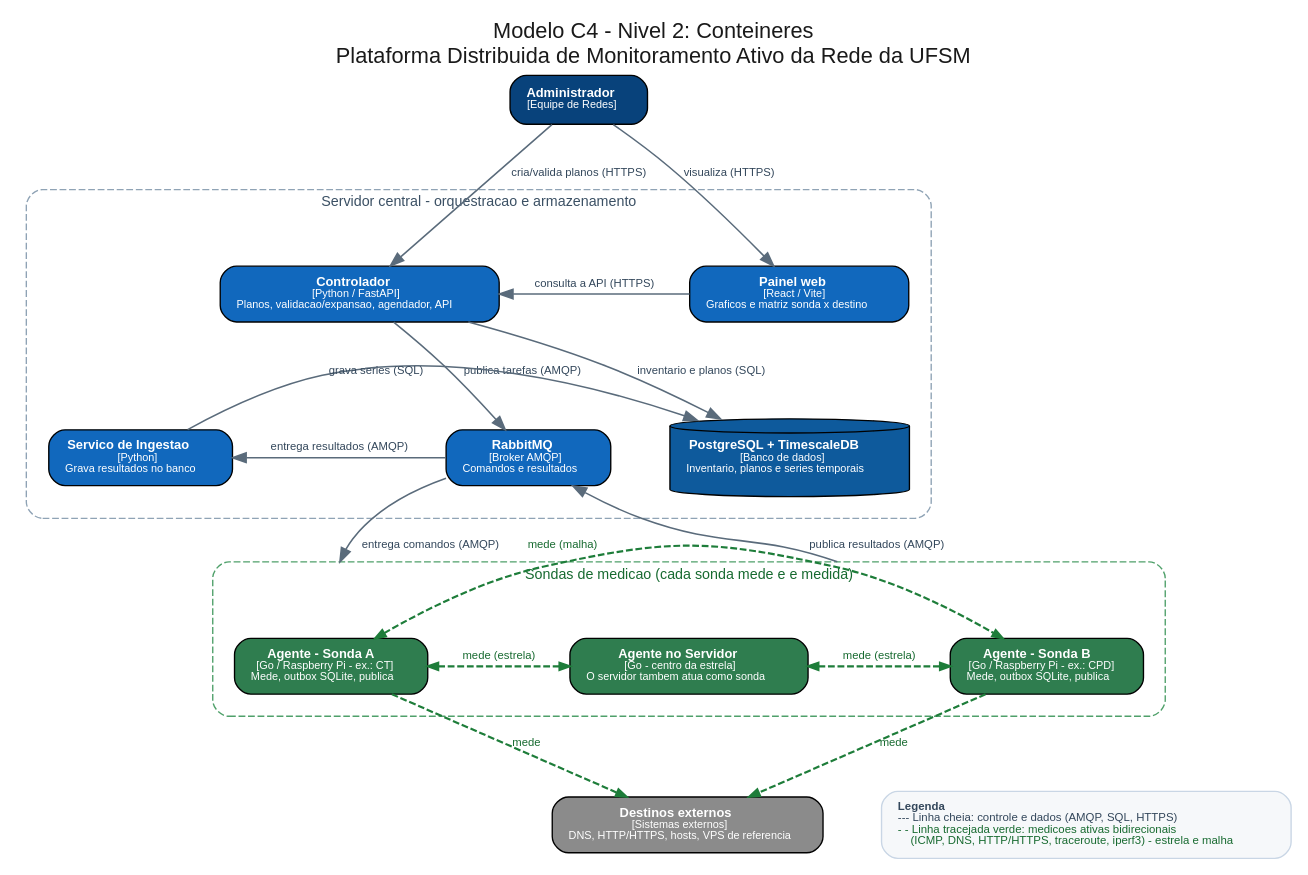
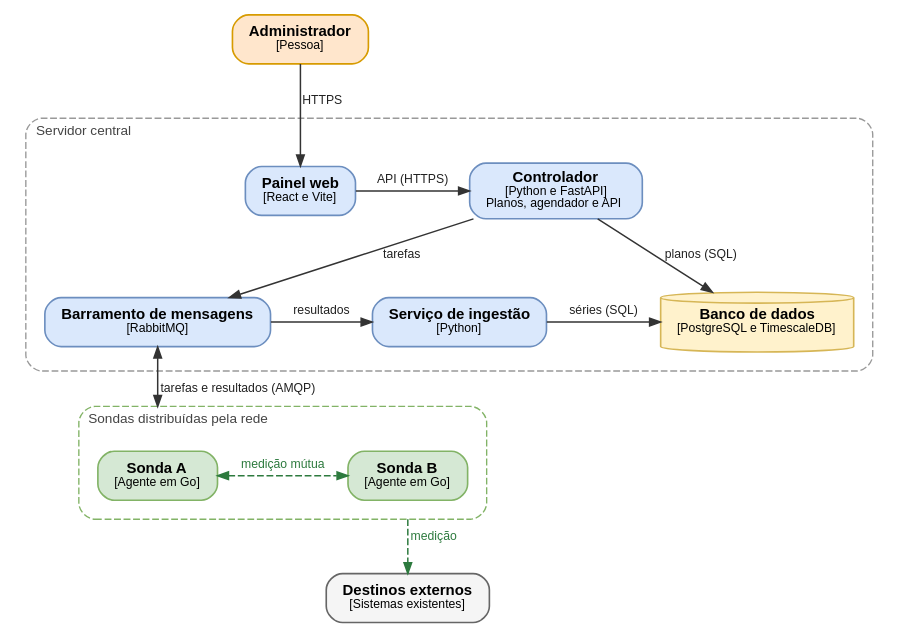
Before and after one commit to anthony-c-silva/ufsm-monitor: the diagram in docs/arquitetura/c4-2-conteineres.dot, drawn with Graphviz. The commit also changed 22 other files, not shown here.

Commit message:
fix(agent): nova conexao por medicao HTTP; diagramas atualizados; teste de carga

```diff
--- a/docs/arquitetura/c4-2-conteineres.dot
+++ b/docs/arquitetura/c4-2-conteineres.dot
@@ -1,61 +1,47 @@
+// Modelo C4 - nivel 2 (conteineres). Gerar: dot -Tpdf c4-2-conteineres.dot -o c4-2-conteineres.pdf
 digraph C4_Conteineres {
-  rankdir=TB; compound=true; newrank=true; splines=true;
-  graph [fontname="Helvetica", labelloc="t", fontsize=16, fontcolor="#1a1a1a",
-         label="Modelo C4 - Nivel 2: Conteineres\nPlataforma Distribuida de Monitoramento Ativo da Rede da UFSM",
-         nodesep=0.6, ranksep=0.85];
-  node [shape=box, style="rounded,filled", fontname="Helvetica", fontsize=9.5, margin="0.17,0.11"];
+  rankdir=TB; compound=true; newrank=true;
+  graph [fontname="Liberation Sans", nodesep=0.45, ranksep=0.6, pad=0.05, margin=0];
+  node  [shape=box, style="rounded,filled", fontname="Liberation Sans", fontsize=11,
+         margin="0.16,0.08", penwidth=1.2, fillcolor="#dae8fc", color="#6c8ebf"];
+  edge  [fontname="Liberation Sans", fontsize=9, color="#333333", fontcolor="#222222",
+         penwidth=1.1, arrowsize=0.8];
 
-  admin [label=<<b>Administrador</b><br/><font point-size="8" color="white">[Equipe de Redes]</font>>, fillcolor="#08427b", fontcolor="white"];
+  admin [label=<<b>Administrador</b><br/><font point-size="9">[Pessoa]</font>>, fillcolor="#ffe6cc", color="#d79b00"];
 
-  subgraph cluster_ctrl {
-    label="Servidor central - orquestracao e armazenamento";
-    labelloc="t"; fontname="Helvetica"; fontsize=10.5; fontcolor="#3b5064";
-    style="rounded,dashed"; color="#8fa3b5"; margin=16;
-    controlador [label=<<b>Controlador</b><br/><font point-size="8" color="white">[Python / FastAPI]</font><br/><font point-size="8" color="white">Planos, validacao/expansao, agendador, API</font>>, fillcolor="#1168bd", fontcolor="white"];
-    painel      [label=<<b>Painel web</b><br/><font point-size="8" color="white">[React / Vite]</font><br/><font point-size="8" color="white">Graficos e matriz sonda x destino</font>>, fillcolor="#1168bd", fontcolor="white"];
-    rabbit      [label=<<b>RabbitMQ</b><br/><font point-size="8" color="white">[Broker AMQP]</font><br/><font point-size="8" color="white">Comandos e resultados</font>>, fillcolor="#1168bd", fontcolor="white"];
-    ingestao    [label=<<b>Servico de Ingestao</b><br/><font point-size="8" color="white">[Python]</font><br/><font point-size="8" color="white">Grava resultados no banco</font>>, fillcolor="#1168bd", fontcolor="white"];
-    db          [label=<<b>PostgreSQL + TimescaleDB</b><br/><font point-size="8" color="white">[Banco de dados]</font><br/><font point-size="8" color="white">Inventario, planos e series temporais</font>>, fillcolor="#0e5a9c", fontcolor="white", shape=cylinder];
+  subgraph cluster_srv {
+    label="Servidor central"; labeljust="l"; fontname="Liberation Sans"; fontsize=10; fontcolor="#444444";
+    style="rounded,dashed"; color="#999999"; margin=14;
+    painel      [label=<<b>Painel web</b><br/><font point-size="9">[React e Vite]</font>>];
+    controlador [label=<<b>Controlador</b><br/><font point-size="9">[Python e FastAPI]</font><br/><font point-size="9">Planos, agendador e API</font>>];
+    rabbit      [label=<<b>Barramento de mensagens</b><br/><font point-size="9">[RabbitMQ]</font>>];
+    ingestao    [label=<<b>Serviço de ingestão</b><br/><font point-size="9">[Python]</font>>];
+    banco       [label=<<b>Banco de dados</b><br/><font point-size="9">[PostgreSQL e TimescaleDB]</font>>,
+                 shape=cylinder, style=filled, fillcolor="#fff2cc", color="#d6b656"];
   }
 
-  subgraph cluster_probes {
-    label="Sondas de medicao (cada sonda mede e e medida)";
-    labelloc="t"; fontname="Helvetica"; fontsize=10.5; fontcolor="#176a30";
-    style="rounded,dashed"; color="#4fa06a"; margin=16;
-    probe1   [label=<<b>Agente - Sonda A</b><br/><font point-size="8" color="white">[Go / Raspberry Pi - ex.: CT]</font><br/><font point-size="8" color="white">Mede, outbox SQLite, publica</font>>, fillcolor="#2f7d4f", fontcolor="white"];
-    probeSrv [label=<<b>Agente no Servidor</b><br/><font point-size="8" color="white">[Go - centro da estrela]</font><br/><font point-size="8" color="white">O servidor tambem atua como sonda</font>>, fillcolor="#2f7d4f", fontcolor="white"];
-    probe2   [label=<<b>Agente - Sonda B</b><br/><font point-size="8" color="white">[Go / Raspberry Pi - ex.: CPD]</font><br/><font point-size="8" color="white">Mede, outbox SQLite, publica</font>>, fillcolor="#2f7d4f", fontcolor="white"];
+  subgraph cluster_sondas {
+    label="Sondas distribuídas pela rede"; labeljust="l"; fontname="Liberation Sans"; fontsize=10; fontcolor="#444444";
+    style="rounded,dashed"; color="#82b366"; margin=14;
+    sondaA [label=<<b>Sonda A</b><br/><font point-size="9">[Agente em Go]</font>>, fillcolor="#d5e8d4", color="#82b366"];
+    sondaB [label=<<b>Sonda B</b><br/><font point-size="9">[Agente em Go]</font>>, fillcolor="#d5e8d4", color="#82b366"];
   }
 
-  alvos [label=<<b>Destinos externos</b><br/><font point-size="8" color="white">[Sistemas externos]</font><br/><font point-size="8" color="white">DNS, HTTP/HTTPS, hosts, VPS de referencia</font>>, fillcolor="#8b8b8b", fontcolor="white"];
+  destinos [label=<<b>Destinos externos</b><br/><font point-size="9">[Sistemas existentes]</font>>, fillcolor="#f5f5f5", color="#666666"];
 
-  legenda [shape=box, style="rounded,filled", fillcolor="#f6f8fa", color="#c9d6e5", fontsize=8.4, fontcolor="#33475b",
-    label=<<b>Legenda</b><br align="left"/><font color="#33475b">--- Linha cheia: controle e dados (AMQP, SQL, HTTPS)</font><br align="left"/><font color="#176a30">- - Linha tracejada verde: medicoes ativas bidirecionais</font><br align="left"/><font color="#176a30">&nbsp;&nbsp;&nbsp;&nbsp;(ICMP, DNS, HTTP/HTTPS, traceroute, iperf3) - estrela e malha</font><br align="left"/>>];
+  { rank=same; painel; controlador; }
+  { rank=same; rabbit; ingestao; banco; }
+  { rank=same; sondaA; sondaB; }
 
-  // ---------- Faixas de alinhamento ----------
-  { rank=same; controlador; painel; }
-  { rank=same; rabbit; ingestao; db; }
-  { rank=same; probe1; probeSrv; probe2; }
-  probe1 -> probeSrv -> probe2 [style=invis, weight=100];
-  { rank=same; alvos; legenda; }
+  admin -> painel             [label=" HTTPS"];
+  painel -> controlador       [label="API (HTTPS)"];
+  controlador -> rabbit       [label=" tarefas"];
+  controlador -> banco        [label=" planos (SQL)"];
+  rabbit -> ingestao          [label="resultados"];
+  ingestao -> banco           [label="séries (SQL)"];
+  rabbit -> sondaA            [lhead=cluster_sondas, label=" tarefas e resultados (AMQP)", dir=both];
 
-  // ---------- Plano de controle e dados (linha cheia) ----------
-  edge [fontname="Helvetica", fontsize=8.3, color="#5a6b7b", fontcolor="#33475b", penwidth=1.15];
-  admin -> controlador [label="cria/valida planos (HTTPS)"];
-  admin -> painel      [label="visualiza (HTTPS)"];
-  controlador -> rabbit[label="publica tarefas (AMQP)"];
-  controlador -> db    [label="inventario e planos (SQL)"];
-  painel -> controlador [label="consulta a API (HTTPS)", constraint=false];
-  ingestao -> db       [label="grava series (SQL)", constraint=false];
-  rabbit -> ingestao   [label="entrega resultados (AMQP)", constraint=false];
-  rabbit  -> probe1 [lhead=cluster_probes, label="entrega comandos (AMQP)"];
-  probe2  -> rabbit [ltail=cluster_probes, label="publica resultados (AMQP)"];
-
-  // ---------- Plano de medicao (tracejado verde, bidirecional) ----------
-  edge [color="#1e7d3a", fontcolor="#176a30", style=dashed, dir=both, penwidth=1.6, arrowsize=0.75];
-  probe1  -> probeSrv [label="mede (estrela)", constraint=false];
-  probeSrv-> probe2   [label="mede (estrela)", constraint=false];
-  probe1  -> probe2   [label="mede (malha)", constraint=false];
-  probe1  -> alvos [label="mede", dir=forward];
-  probe2  -> alvos [label="mede", dir=forward];
+  edge [style=dashed, color="#2d7a3e", fontcolor="#2d7a3e"];
+  sondaA -> sondaB            [label="medição mútua", dir=both];
+  sondaB -> destinos          [ltail=cluster_sondas, label=" medição"];
 }
```
